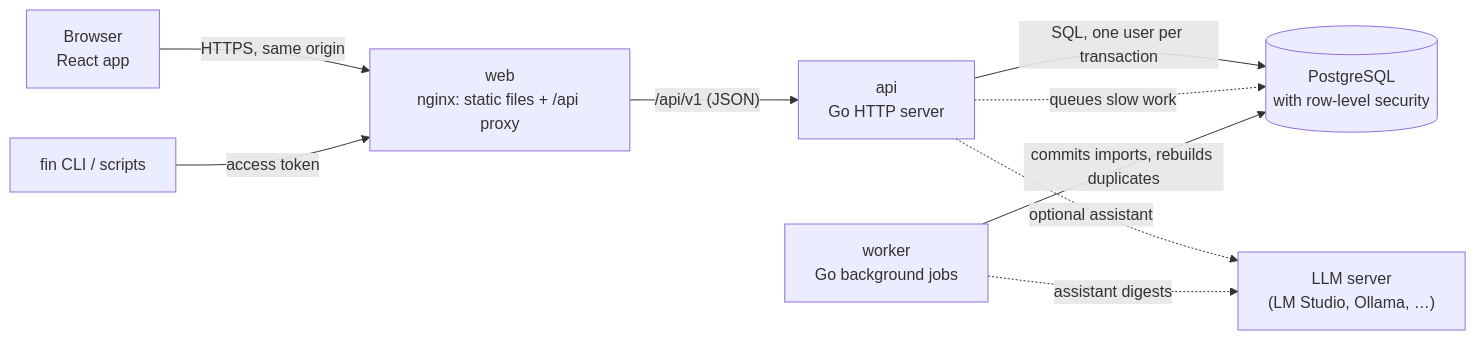
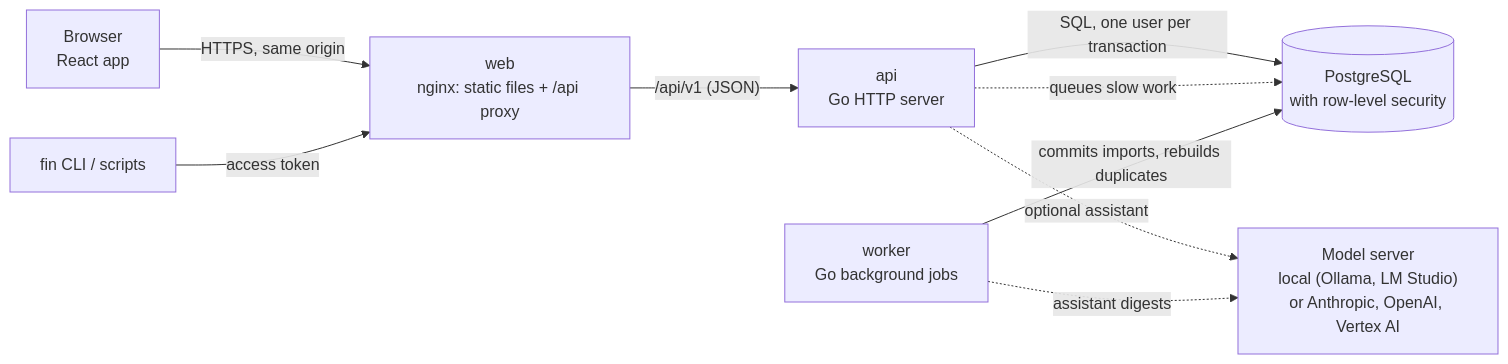
One commit to x2db736ac85h/Finuance changed the diagram in README.md. Above: the diagram before and after it, drawn with Mermaid. The commit also changed other lines of this file, not shown here.

````diff
--- a/README.md
+++ b/README.md
@@ -54,11 +83,11 @@
 ```mermaid
 flowchart LR
     browser["Browser<br/>React app"] -->|"HTTPS, same origin"| web["web<br/>nginx: static files + /api proxy"]
     web -->|"/api/v1 (JSON)"| api["api<br/>Go HTTP server"]
     api -->|"SQL, one user per transaction"| db[("PostgreSQL<br/>with row-level security")]
     api -.->|"queues slow work"| db
     worker["worker<br/>Go background jobs"] -->|"commits imports, rebuilds duplicates"| db
-    api -.->|"optional assistant"| llm["LLM server<br/>(LM Studio, Ollama, …)"]
+    api -.->|"optional assistant"| llm["Model server<br/>local (Ollama, LM Studio)<br/>or Anthropic, OpenAI, Vertex AI"]
     worker -.->|"assistant digests"| llm
     cli["fin CLI / scripts"] -->|"access token"| web
 ```
````
